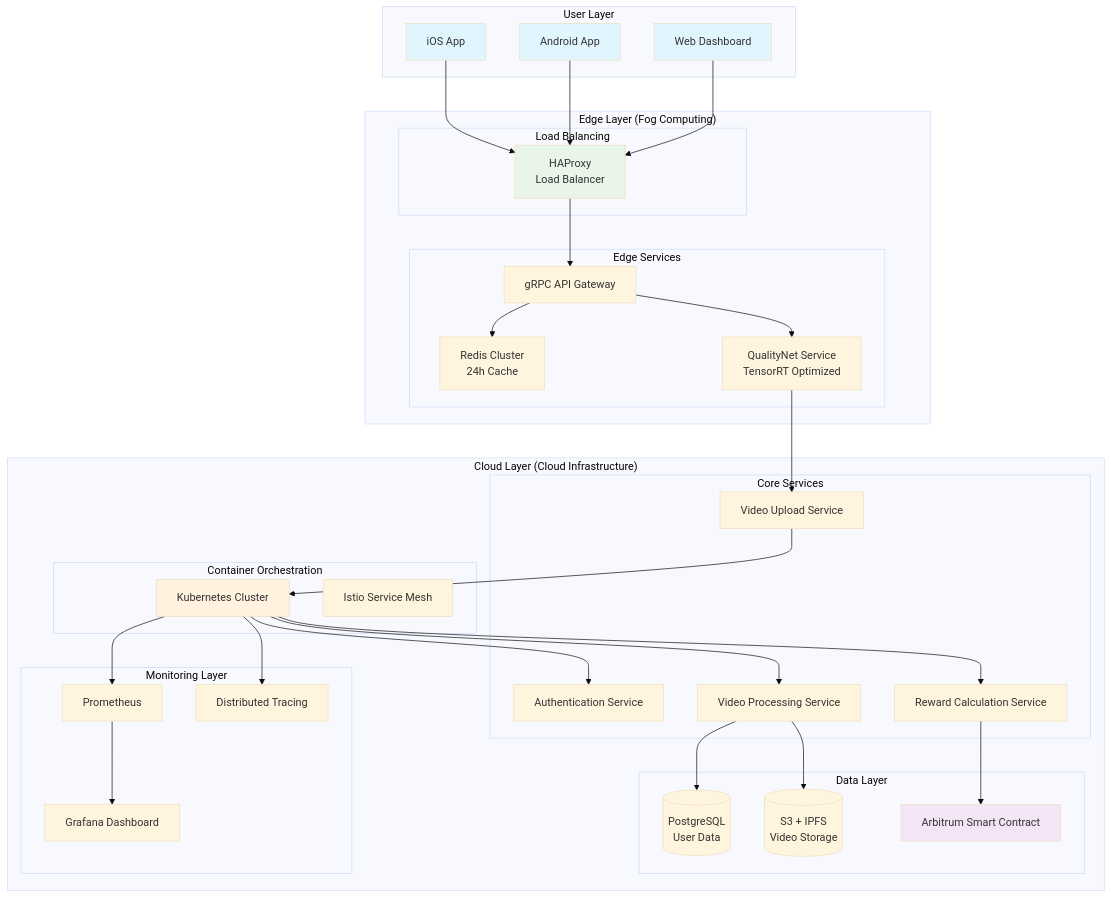
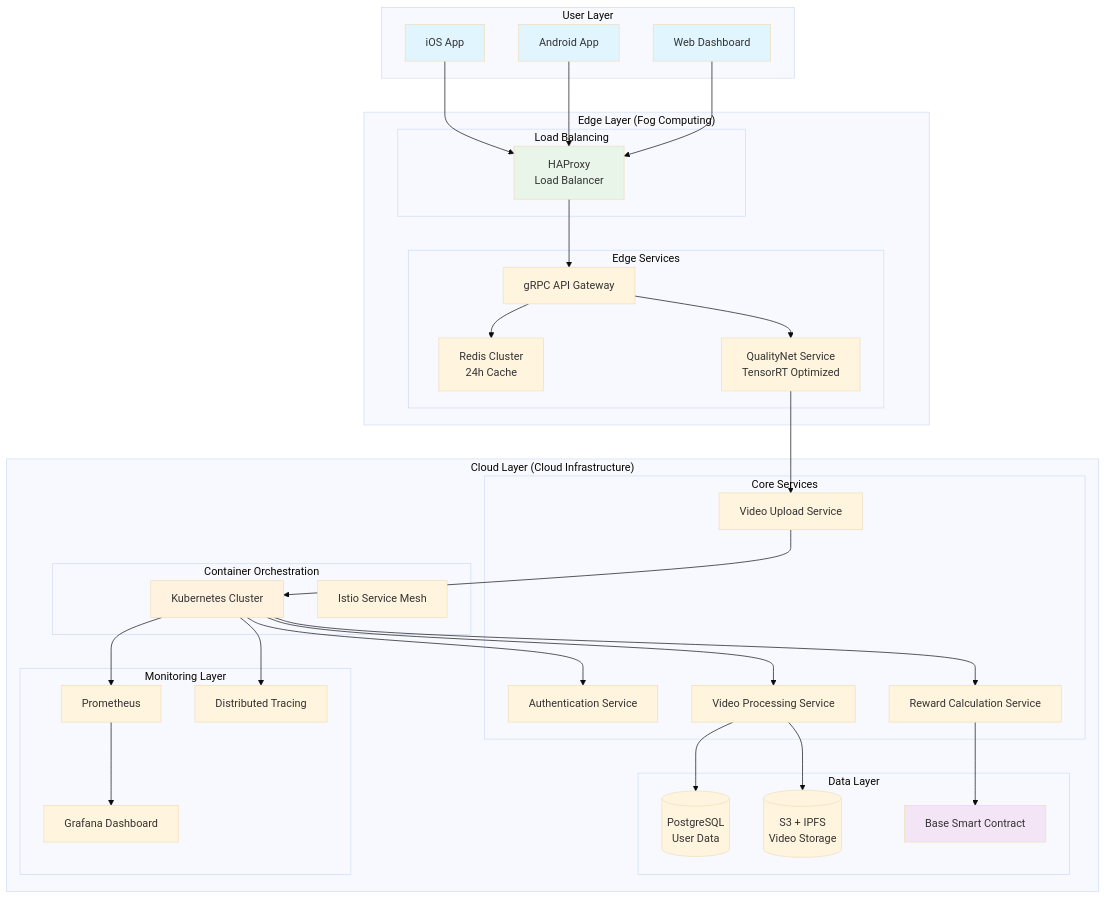
Before and after one commit to johnny9007025/humanoid-data-demo: the third of 9 diagrams in chapter-4-technical-architecture.md, drawn with Mermaid (base theme). The commit also changed other lines of this file, not shown here.

````diff
--- a/chapter-4-technical-architecture.md
+++ b/chapter-4-technical-architecture.md
@@ -137,67 +137,67 @@
 ```mermaid
 graph TB
     subgraph "User Layer"
         U1[iOS App] 
         U2[Android App]
         U3[Web Dashboard]
     end
     
     subgraph "Edge Layer (Fog Computing)"
         subgraph "Load Balancing"
             LB[HAProxy<br/>Load Balancer]
         end
         subgraph "Edge Services"
             API[gRPC API Gateway]
             CACHE[Redis Cluster<br/>24h Cache]
             QS[QualityNet Service<br/>TensorRT Optimized]
         end
     end
     
     subgraph "Cloud Layer (Cloud Infrastructure)"
         subgraph "Container Orchestration"
             K8S[Kubernetes Cluster]
             ISTIO[Istio Service Mesh]
         end
         subgraph "Core Services"
             AUTH[Authentication Service]
             UPLOAD[Video Upload Service]
             PROCESS[Video Processing Service]
             REWARD[Reward Calculation Service]
         end
         subgraph "Data Layer"
             DB[(PostgreSQL<br/>User Data)]
             STORAGE[(S3 + IPFS<br/>Video Storage)]
-            BLOCKCHAIN[Arbitrum Smart Contract]
+            BLOCKCHAIN[Base Smart Contract]
         end
         subgraph "Monitoring Layer"
             MONITOR[Prometheus]
             GRAFANA[Grafana Dashboard]
             JAEGER[Distributed Tracing]
         end
     end
     
     U1 --> LB
     U2 --> LB
     U3 --> LB
     LB --> API
     API --> CACHE
     API --> QS
     QS --> UPLOAD
     UPLOAD --> K8S
     K8S --> AUTH
     K8S --> PROCESS
     K8S --> REWARD
     PROCESS --> DB
     PROCESS --> STORAGE
     REWARD --> BLOCKCHAIN
     K8S --> MONITOR
     MONITOR --> GRAFANA
     K8S --> JAEGER
     
     style U1 fill:#e1f5fe
     style U2 fill:#e1f5fe
     style U3 fill:#e1f5fe
     style LB fill:#e8f5e8
     style K8S fill:#fff3e0
     style BLOCKCHAIN fill:#f3e5f5
 ```
````
